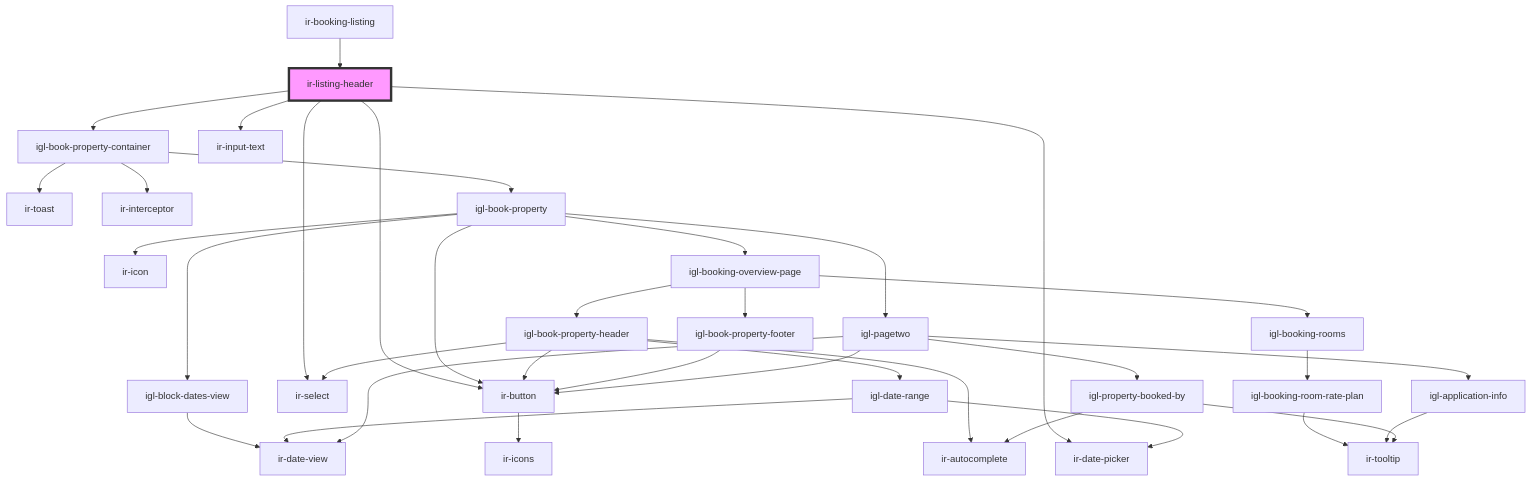
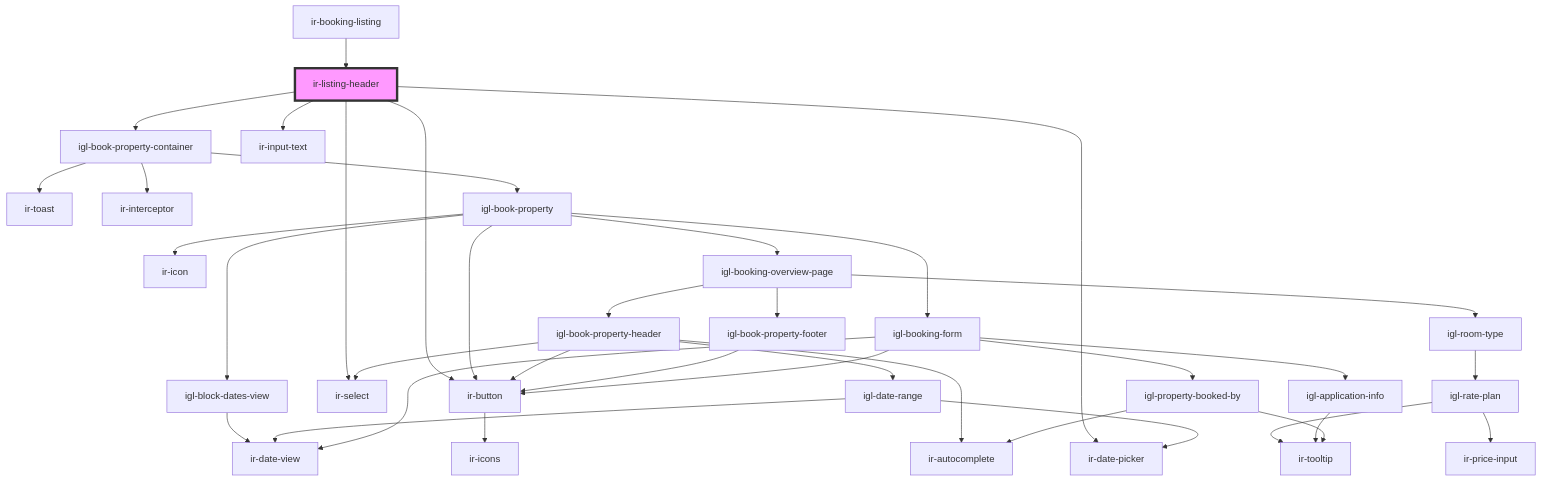
One commit to RonyRizk/ir-webcmp changed the diagram in src/components/ir-booking-listing/ir-listing-header/readme.md. Above: the diagram before and after it, drawn with Mermaid. The commit also changed 148 other files, not shown here.

````diff
--- a/src/components/ir-booking-listing/ir-listing-header/readme.md
+++ b/src/components/ir-booking-listing/ir-listing-header/readme.md
@@ -39,39 +39,40 @@
 ```mermaid
 graph TD;
   ir-listing-header --> igl-book-property-container
   ir-listing-header --> ir-button
   ir-listing-header --> ir-input-text
   ir-listing-header --> ir-select
   ir-listing-header --> ir-date-picker
   igl-book-property-container --> ir-toast
   igl-book-property-container --> ir-interceptor
   igl-book-property-container --> igl-book-property
   igl-book-property --> igl-block-dates-view
   igl-book-property --> ir-button
   igl-book-property --> ir-icon
   igl-book-property --> igl-booking-overview-page
-  igl-book-property --> igl-pagetwo
+  igl-book-property --> igl-booking-form
   igl-block-dates-view --> ir-date-view
   ir-button --> ir-icons
   igl-booking-overview-page --> igl-book-property-header
-  igl-booking-overview-page --> igl-booking-rooms
+  igl-booking-overview-page --> igl-room-type
   igl-booking-overview-page --> igl-book-property-footer
   igl-book-property-header --> ir-autocomplete
   igl-book-property-header --> ir-select
   igl-book-property-header --> ir-button
   igl-book-property-header --> igl-date-range
   igl-date-range --> ir-date-picker
   igl-date-range --> ir-date-view
-  igl-booking-rooms --> igl-booking-room-rate-plan
-  igl-booking-room-rate-plan --> ir-tooltip
+  igl-room-type --> igl-rate-plan
+  igl-rate-plan --> ir-tooltip
+  igl-rate-plan --> ir-price-input
   igl-book-property-footer --> ir-button
-  igl-pagetwo --> ir-date-view
-  igl-pagetwo --> igl-application-info
-  igl-pagetwo --> igl-property-booked-by
-  igl-pagetwo --> ir-button
+  igl-booking-form --> ir-date-view
+  igl-booking-form --> igl-application-info
+  igl-booking-form --> igl-property-booked-by
+  igl-booking-form --> ir-button
   igl-application-info --> ir-tooltip
   igl-property-booked-by --> ir-autocomplete
   igl-property-booked-by --> ir-tooltip
   ir-booking-listing --> ir-listing-header
   style ir-listing-header fill:#f9f,stroke:#333,stroke-width:4px
 ```
````
